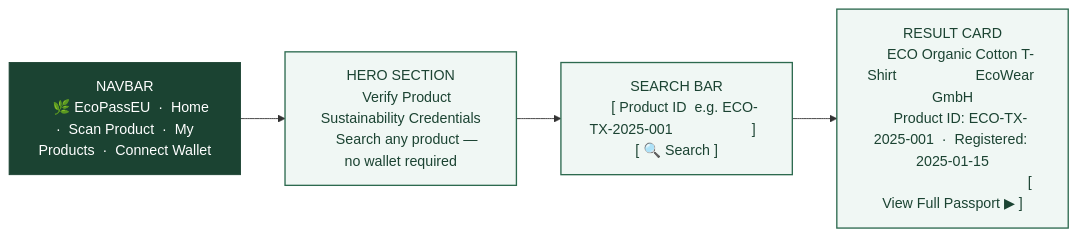
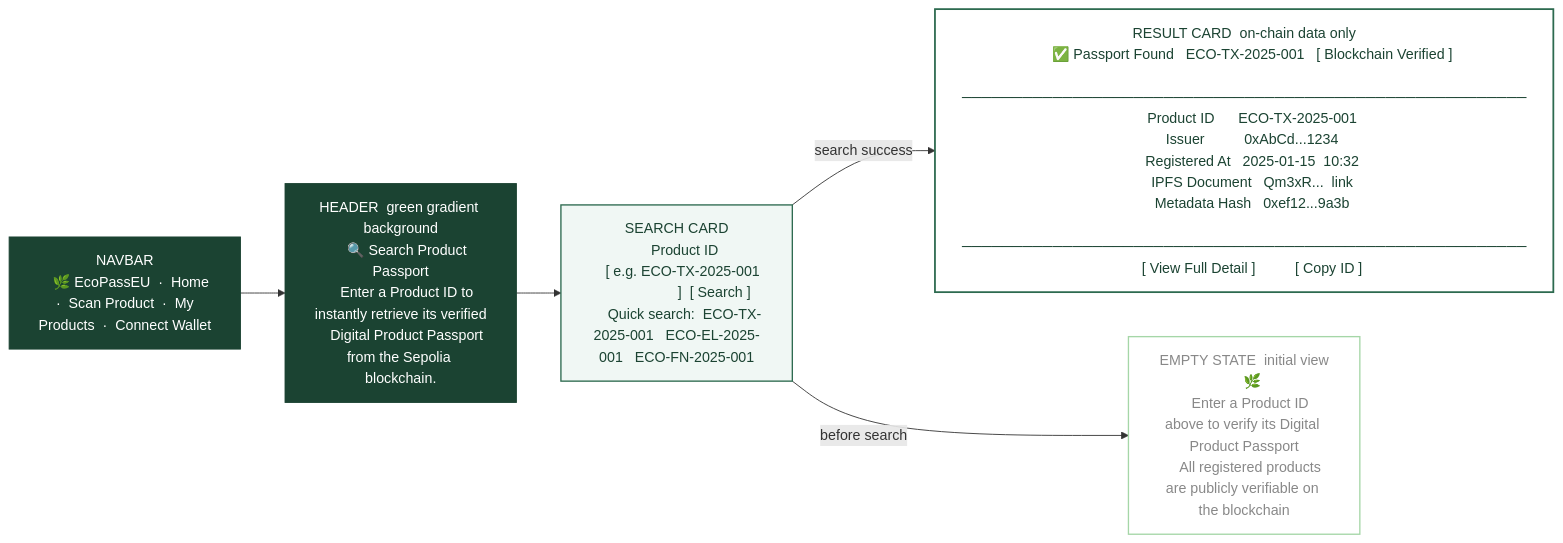
One commit to DeTaiDong/FTGP2425_Group1_11 changed the seventh of 9 diagrams in README.md. Above: the diagram before and after it, drawn with Mermaid.

Commit message:
Fix Wireframe A: correct hero text, result card fields, buttons and empty state

````diff
--- a/README.md
+++ b/README.md
@@ -387,22 +387,40 @@
 ```mermaid
 graph LR
-    classDef nav  fill:#1b4332,color:#fff,stroke:#1b4332
-    classDef card fill:#f0f7f4,stroke:#2d6a4f,stroke-width:1.5px,color:#1b4332
+    classDef nav   fill:#1b4332,color:#fff,stroke:#1b4332
+    classDef card  fill:#f0f7f4,stroke:#2d6a4f,stroke-width:1.5px,color:#1b4332
+    classDef empty fill:#ffffff,stroke:#a5d6a7,stroke-width:1.5px,color:#888
+    classDef result fill:#ffffff,stroke:#2d6a4f,stroke-width:2px,color:#1b4332
 
     A1["NAVBAR
     🌿 EcoPassEU  ·  Home  ·  Scan Product  ·  My Products  ·  Connect Wallet"]:::nav
 
-    A2["HERO SECTION
-    Verify Product Sustainability Credentials
-    Search any product — no wallet required"]:::card
+    A2["HEADER  green gradient background
+    🔍 Search Product Passport
+    Enter a Product ID to instantly retrieve its verified
+    Digital Product Passport from the Sepolia blockchain."]:::nav
 
-    A3["SEARCH BAR
-    [ Product ID  e.g. ECO-TX-2025-001                    ]  [ 🔍 Search ]"]:::card
+    A3["SEARCH CARD
+    Product ID
+    [ e.g. ECO-TX-2025-001                    ]  [ Search ]
+    Quick search:  ECO-TX-2025-001   ECO-EL-2025-001   ECO-FN-2025-001"]:::card
 
-    A4["RESULT CARD
-    ECO Organic Cotton T-Shirt                    EcoWear GmbH
-    Product ID: ECO-TX-2025-001  ·  Registered: 2025-01-15
-                                        [ View Full Passport ▶ ]"]:::card
+    A4["RESULT CARD  on-chain data only
+    ✅ Passport Found   ECO-TX-2025-001   [ Blockchain Verified ]
+    ────────────────────────────────────────────────────────
+    Product ID      ECO-TX-2025-001
+    Issuer          0xAbCd...1234
+    Registered At   2025-01-15  10:32
+    IPFS Document   Qm3xR...  link
+    Metadata Hash   0xef12...9a3b
+    ────────────────────────────────────────────────────────
+    [ View Full Detail ]          [ Copy ID ]"]:::result
 
-    A1 --> A2 --> A3 --> A4
+    A5["EMPTY STATE  initial view
+    🌿
+    Enter a Product ID above to verify its Digital Product Passport
+    All registered products are publicly verifiable on the blockchain"]:::empty
+
+    A1 --> A2 --> A3
+    A3 -->|search success| A4
+    A3 -->|before search| A5
 ```
````
